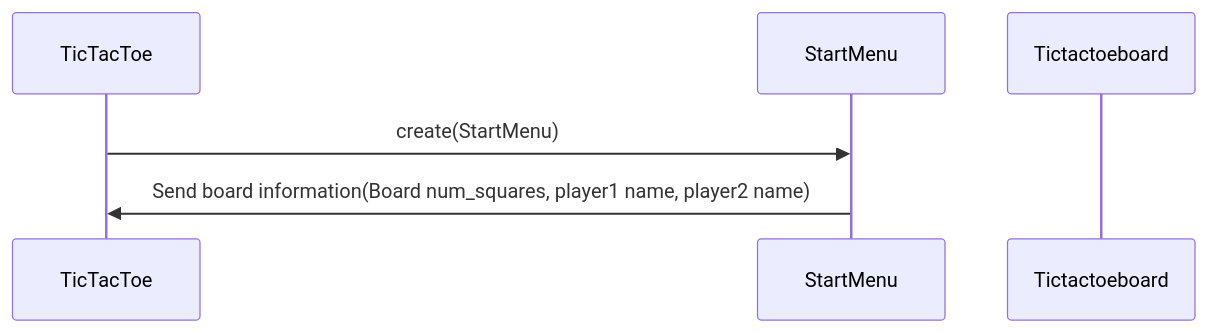
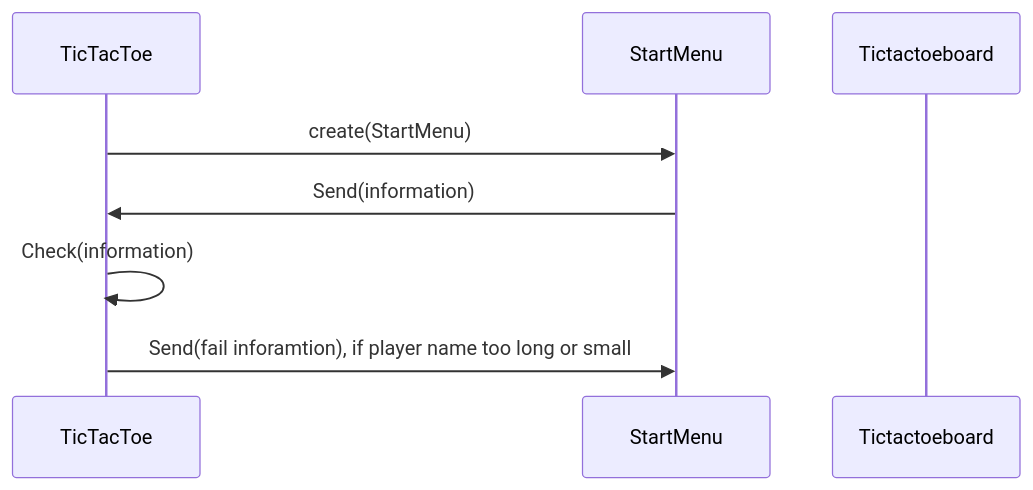
The second of 2 diagrams in maarittelydokumentti/arkkitehtuuri.md (TatuSorjonen/ot-harjoitustyo), drawn with Mermaid before and after one commit.

````diff
--- a/maarittelydokumentti/arkkitehtuuri.md
+++ b/maarittelydokumentti/arkkitehtuuri.md
@@ -90,8 +90,10 @@
 ```mermaid
 sequenceDiagram
   participant TicTacToe
   participant StartMenu
   participant Tictactoeboard
   TicTacToe->> StartMenu: create(StartMenu)
-  StartMenu->> TicTacToe: Send board information(Board num_squares, player1 name, player2 name)
+  StartMenu->> TicTacToe: Send(information)
+  TicTacToe->> TicTacToe: Check(information)
+  TicTacToe->> StartMenu: Send(fail inforamtion), if player name too long or small
 ```
````
